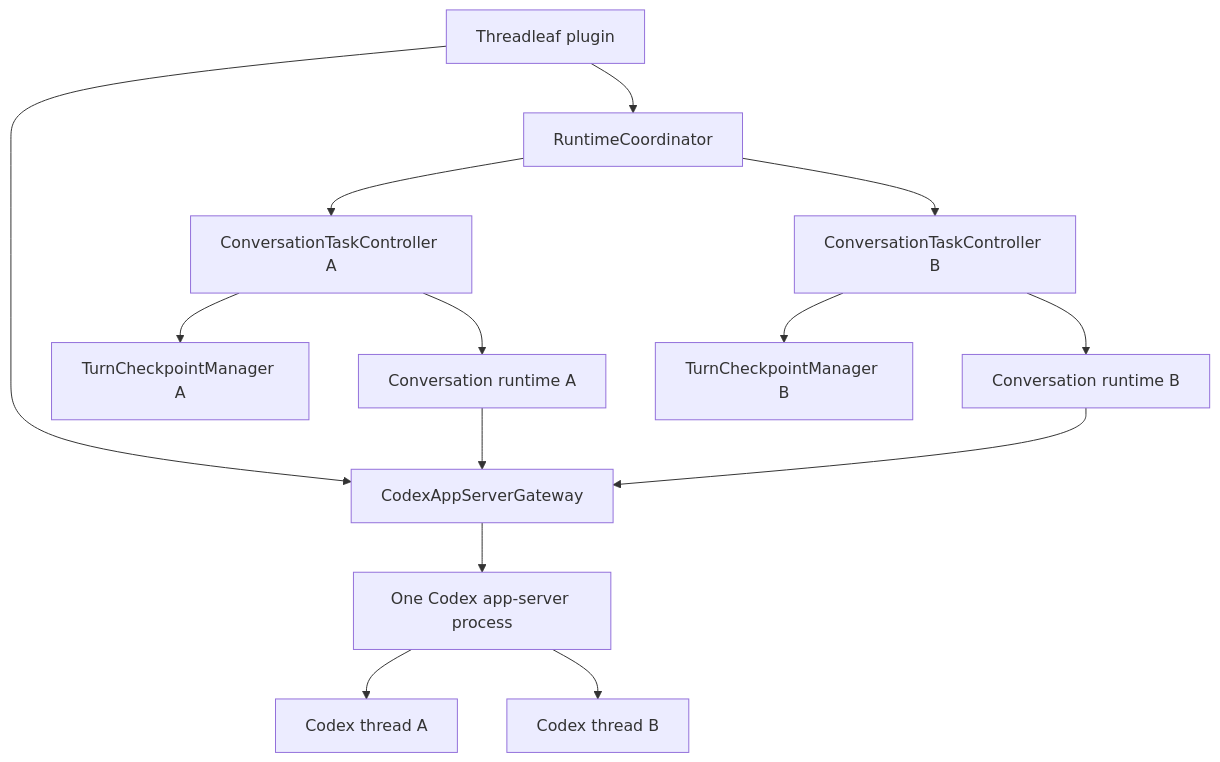
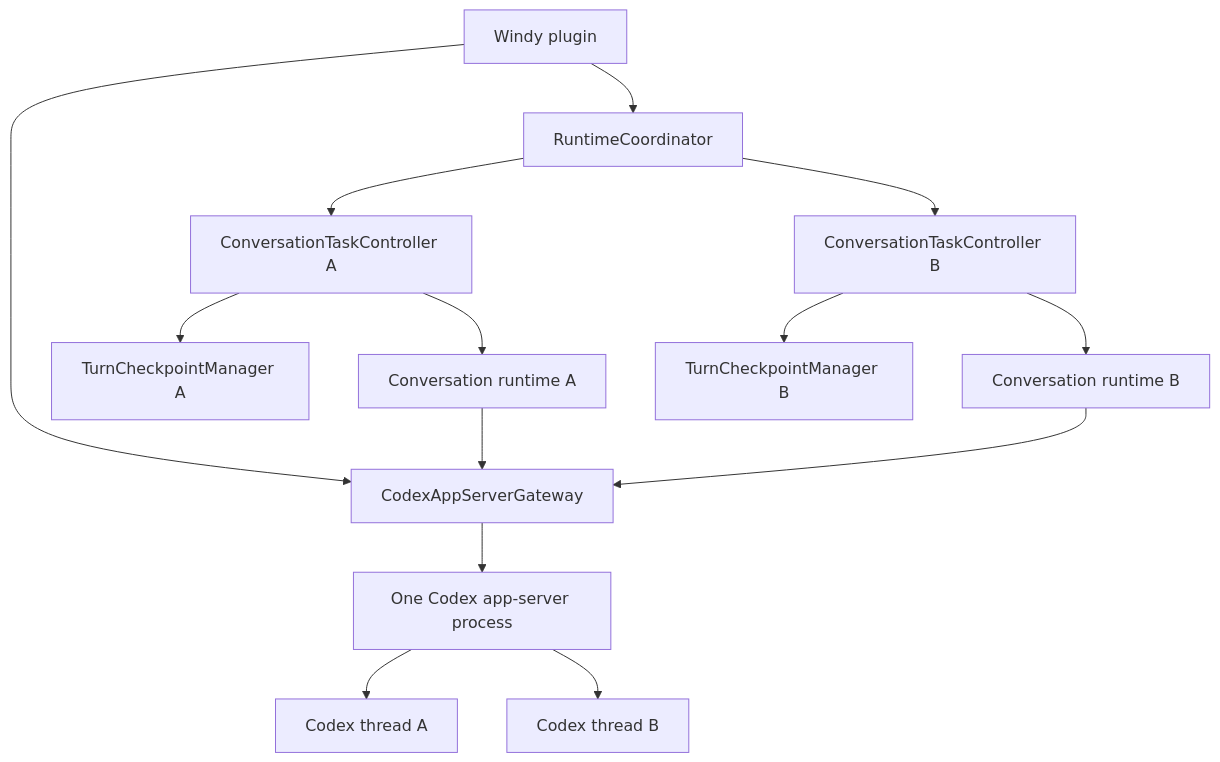
Before and after one commit to windzu/threadleaf: the diagram in docs/ARCHITECTURE.md, drawn with Mermaid. The commit also changed other lines of this file and 45 other files, not shown here.

````diff
--- a/docs/ARCHITECTURE.md
+++ b/docs/ARCHITECTURE.md
@@ -9,16 +9,16 @@
 ```mermaid
 flowchart TB
-    Plugin["Threadleaf plugin"] --> Gateway["CodexAppServerGateway"]
+    Plugin["Windy plugin"] --> Gateway["CodexAppServerGateway"]
     Plugin --> Coordinator["RuntimeCoordinator"]
     Coordinator --> TaskA["ConversationTaskController A"]
     Coordinator --> TaskB["ConversationTaskController B"]
     TaskA --> CheckpointA["TurnCheckpointManager A"]
     TaskB --> CheckpointB["TurnCheckpointManager B"]
     TaskA --> RuntimeA["Conversation runtime A"]
     TaskB --> RuntimeB["Conversation runtime B"]
     RuntimeA --> Gateway
     RuntimeB --> Gateway
     Gateway --> Process["One Codex app-server process"]
     Process --> ThreadA["Codex thread A"]
     Process --> ThreadB["Codex thread B"]
 ```
````
